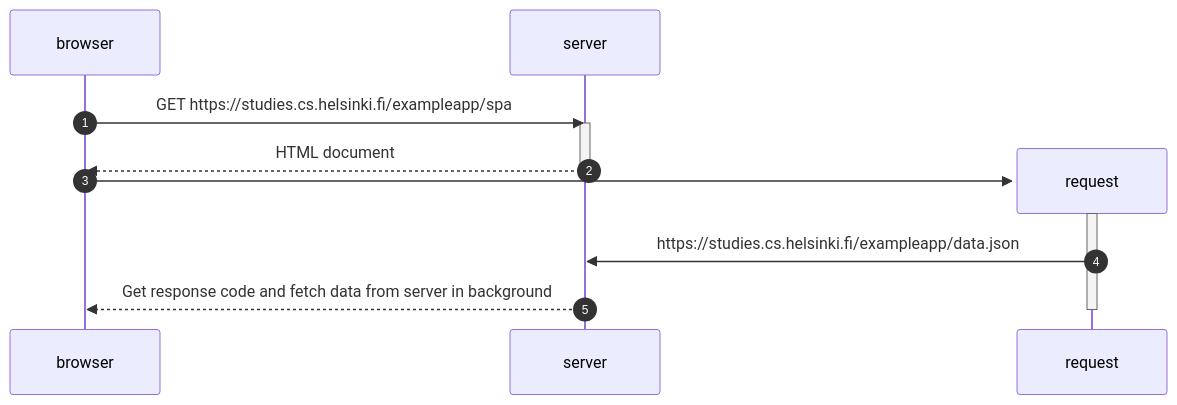
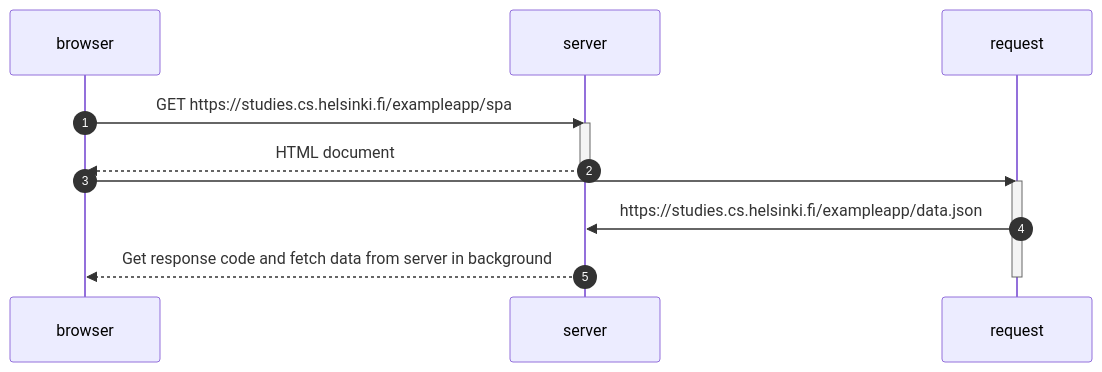
One commit to dtwstudy/part0 changed the diagram in 06.md. Above: the diagram before and after it, drawn with Mermaid. The commit also changed 1 other file, not shown here.

````diff
--- a/06.md
+++ b/06.md
@@ -1,20 +1,21 @@
 ``` mermaid
 sequenceDiagram
     autonumber
     participant browser
     participant server
+    participant request
     
     browser->>server: GET https://studies.cs.helsinki.fi/exampleapp/spa
     activate server
     server-->>browser: HTML document
     deactivate server
 
-    create participant request
+    
     browser->>request:   
     activate request
     request->>server:  https://studies.cs.helsinki.fi/exampleapp/data.json
     server-->>browser: Get response code and fetch data from server in background
     deactivate request
 
     
 ```
````
